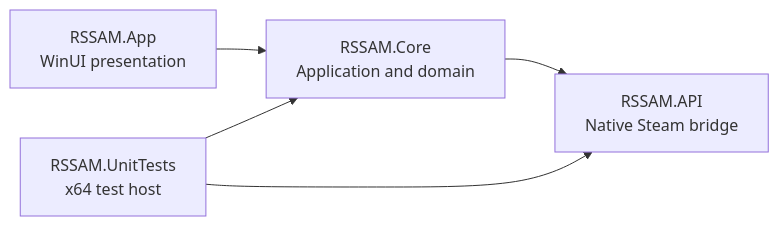
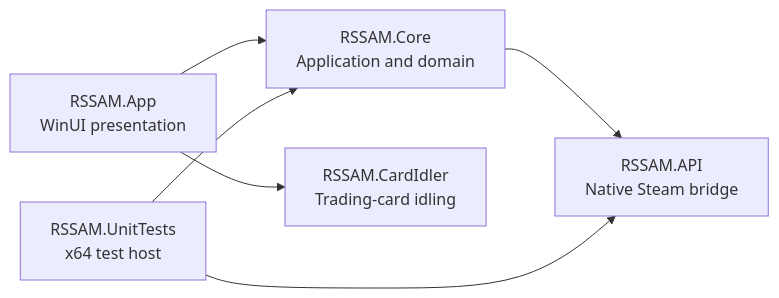
The diagram in docs/development/ARCHITECTURE.md (riggi89/RSSAM), drawn with Mermaid before and after one commit. The commit also changed other lines of this file and 46 other files, not shown here.

First line of the commit message:
Add Card Idler module and bump to 2.0.0

````diff
--- a/docs/development/ARCHITECTURE.md
+++ b/docs/development/ARCHITECTURE.md
@@ -5,7 +5,8 @@
 ```mermaid
 flowchart LR
     App["RSSAM.App<br>WinUI presentation"] --> Core["RSSAM.Core<br>Application and domain"]
+    App --> Idler["RSSAM.CardIdler<br>Trading-card idling"]
     Core --> API["RSSAM.API<br>Native Steam bridge"]
     Tests["RSSAM.UnitTests<br>x64 test host"] --> Core
     Tests --> API
 ```
````
